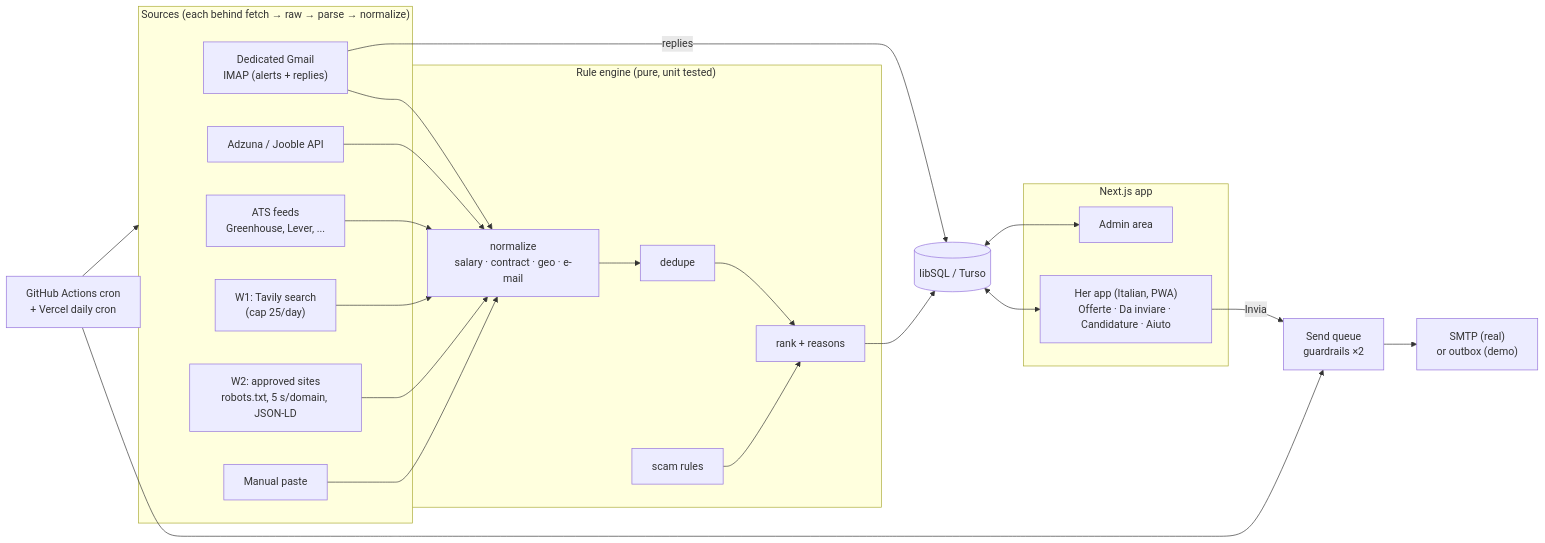
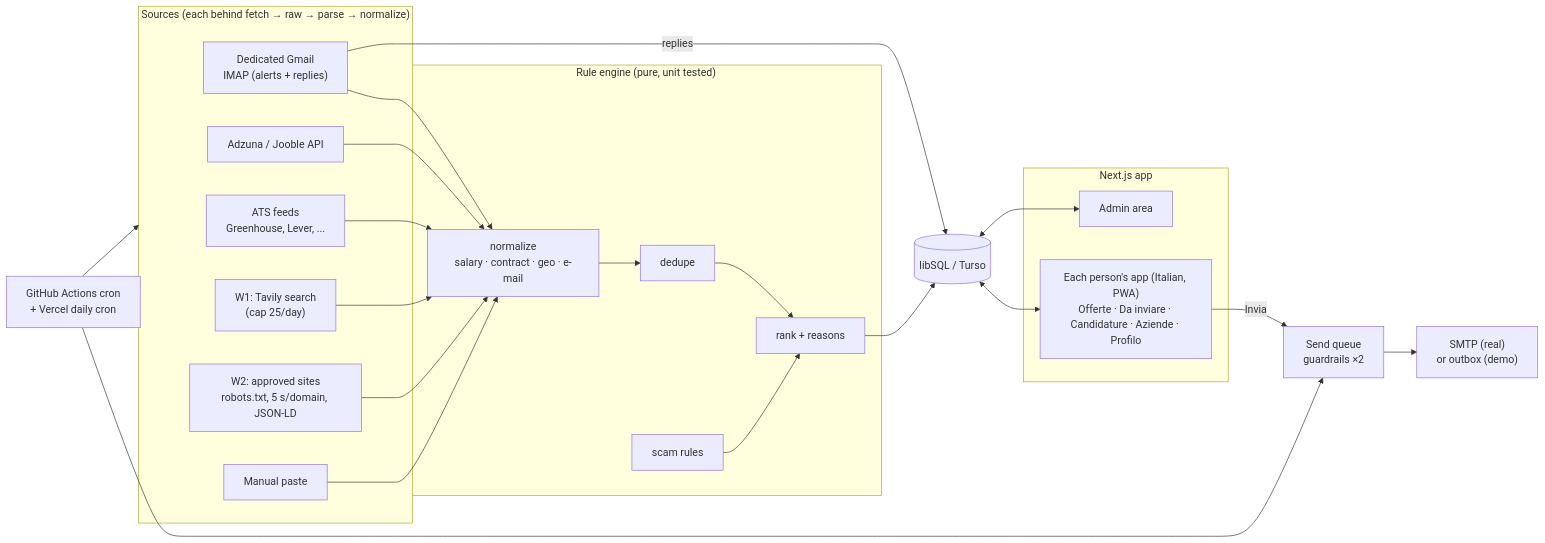
The diagram in compass/README.md (lothesmallcow/thisismyhouse), drawn with Mermaid before and after one commit. The commit also changed other lines of this file and 437 other files, not shown here.

````diff
--- a/compass/README.md
+++ b/compass/README.md
@@ -50,34 +71,34 @@
 ```mermaid
 flowchart LR
   subgraph Sources["Sources (each behind fetch → raw → parse → normalize)"]
     MB["Dedicated Gmail<br/>IMAP (alerts + replies)"]
     API["Adzuna / Jooble API"]
     ATS["ATS feeds<br/>Greenhouse, Lever, ..."]
     W1["W1: Tavily search<br/>(cap 25/day)"]
     W2["W2: approved sites<br/>robots.txt, 5 s/domain, JSON-LD"]
     MAN["Manual paste"]
   end
   subgraph Core["Rule engine (pure, unit tested)"]
     N["normalize<br/>salary · contract · geo · e-mail"]
     D["dedupe"]
     R["rank + reasons"]
     S["scam rules"]
   end
   DB[("libSQL / Turso")]
   subgraph App["Next.js app"]
-    HER["Her app (Italian, PWA)<br/>Offerte · Da inviare · Candidature · Aiuto"]
+    HER["Each person's app (Italian, PWA)<br/>Offerte · Da inviare · Candidature · Aziende · Profilo"]
     ADM["Admin area"]
   end
   Q["Send queue<br/>guardrails ×2"]
   OUT["SMTP (real)<br/>or outbox (demo)"]
   CRON["GitHub Actions cron<br/>+ Vercel daily cron"]
 
   MB & API & ATS & W1 & W2 & MAN --> N --> D --> R --> DB
   S --> R
   DB <--> HER
   DB <--> ADM
   HER -- "Invia" --> Q --> OUT
   CRON --> Sources
   CRON --> Q
   MB -- replies --> DB
 ```
````
